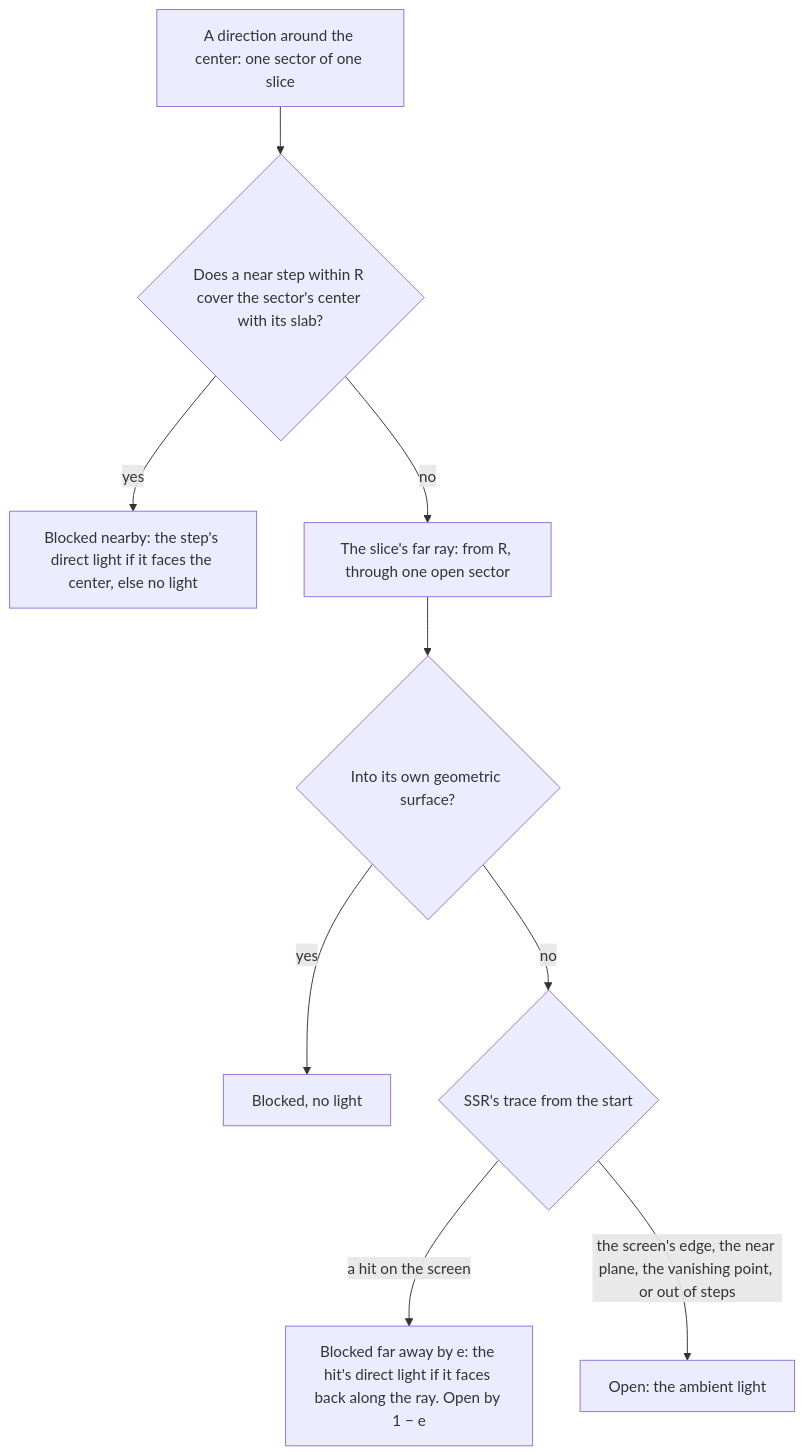
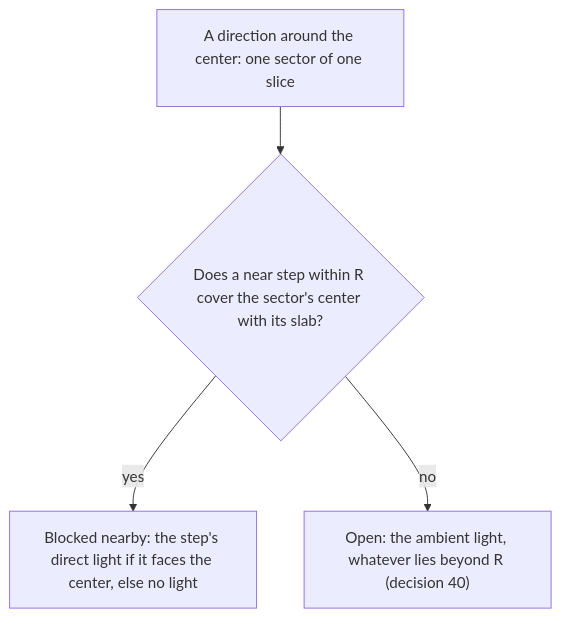
One commit to alexispurslane/tertius changed the first of 3 diagrams in docs/plans/screen-space-illumination.md. Above: the diagram before and after it, drawn with Mermaid. The commit also changed other lines of this file and 4 other files, not shown here.

````diff
--- a/docs/plans/screen-space-illumination.md
+++ b/docs/plans/screen-space-illumination.md
@@ -138,11 +133,6 @@
 ```mermaid
 flowchart TD
     D["A direction around the center: one sector of one slice"] --> N{"Does a near step within R cover the sector's center with its slab?"}
     N -- yes --> NB["Blocked nearby: the step's direct light if it faces the center, else no light"]
-    N -- no --> F["The slice's far ray: from R, through one open sector"]
-    F --> S{"Into its own geometric surface?"}
-    S -- yes --> SB["Blocked, no light"]
-    S -- no --> T{"SSR's trace from the start"}
-    T -- "a hit on the screen" --> FB["Blocked far away by e: the hit's direct light if it faces back along the ray. Open by 1 − e"]
-    T -- "the screen's edge, the near plane, the vanishing point, or out of steps" --> O["Open: the ambient light"]
+    N -- no --> O["Open: the ambient light, whatever lies beyond R (decision 40)"]
 ```
````
